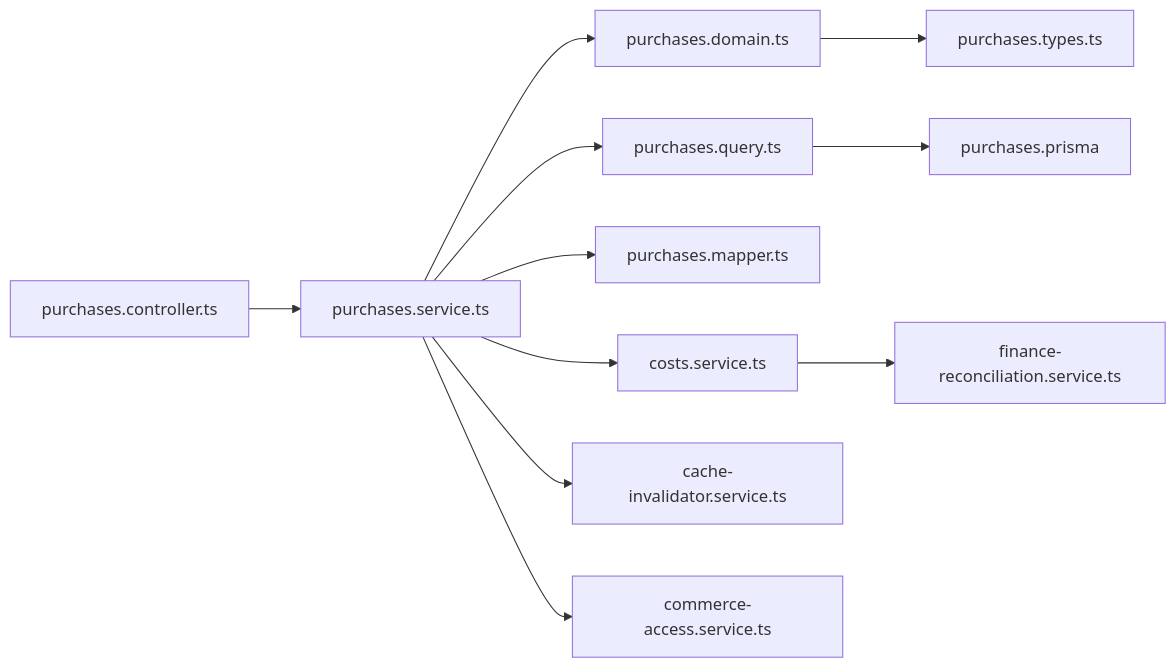
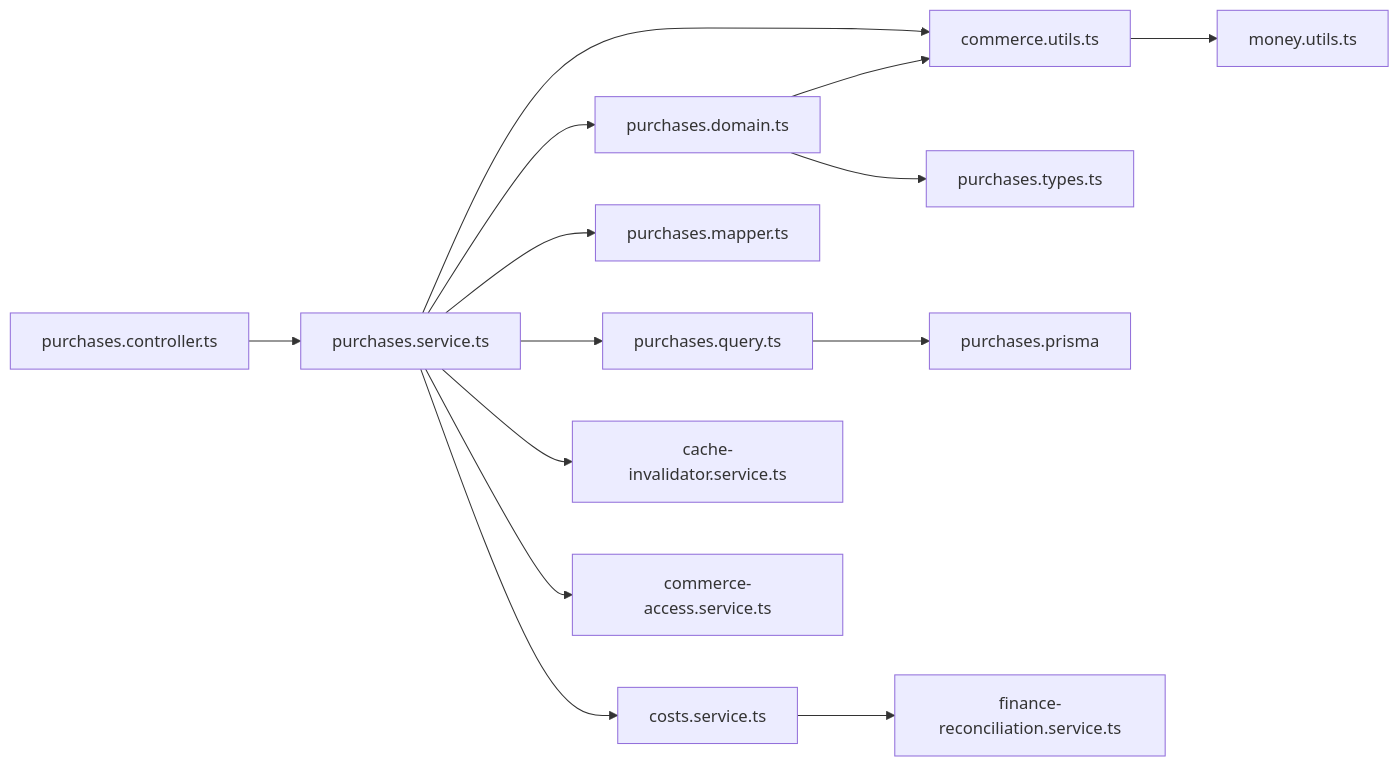
The seventh of 7 diagrams in .qoder/repowiki/zh/content/业务模块/运营管理模块/采购管理.md (rc558620/purelyprofit-server), drawn with Mermaid before and after one commit. The commit also changed other lines of this file and 25 other files, not shown here.

````diff
--- a/.qoder/repowiki/zh/content/业务模块/运营管理模块/采购管理.md
+++ b/.qoder/repowiki/zh/content/业务模块/运营管理模块/采购管理.md
@@ -340,13 +356,16 @@
 ```mermaid
 graph LR
 Ctrl["purchases.controller.ts"] --> Svc["purchases.service.ts"]
 Svc --> Domain["purchases.domain.ts"]
 Svc --> Query["purchases.query.ts"]
 Svc --> Mapper["purchases.mapper.ts"]
 Svc --> Costs["costs.service.ts"]
 Svc --> Cache["cache-invalidator.service.ts"]
 Svc --> Access["commerce-access.service.ts"]
+Svc --> Utils["commerce.utils.ts"]
 Domain --> Types["purchases.types.ts"]
+Domain --> Utils
 Query --> Model["purchases.prisma"]
 Costs --> Fin["finance-reconciliation.service.ts"]
+Utils --> Money["money.utils.ts"]
 ```
````
